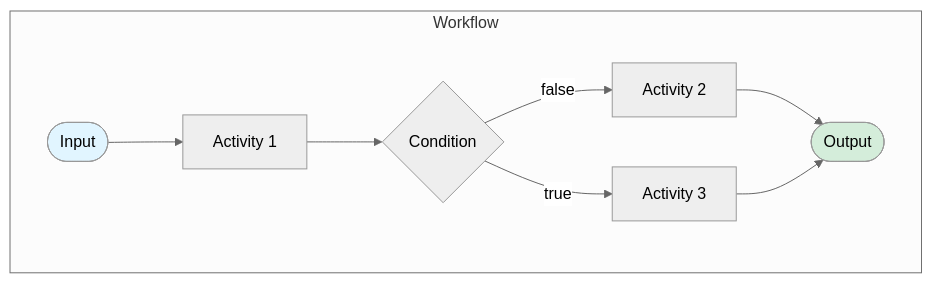
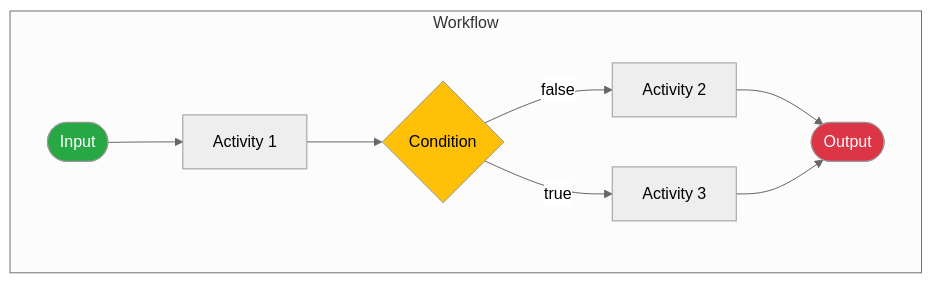
Before and after one commit to diagrid-labs/dapr-workflow-concerto: the diagram in .demo/slides/02-dapr-workflow/04-dapr-workflow-explanation.md, drawn with Mermaid (neutral theme). The commit also changed 1 other file, not shown here.

Commit message:
Update colors

````diff
--- a/.demo/slides/02-dapr-workflow/04-dapr-workflow-explanation.md
+++ b/.demo/slides/02-dapr-workflow/04-dapr-workflow-explanation.md
@@ -12,17 +12,18 @@
 ```mermaid
 graph LR
     subgraph Workflow
     direction LR
     Start([Input])
     End([Output])
     Start --> A1[Activity 1]
     A1 --> IF{Condition}
     IF--false-->A2[Activity 2]
     IF--true-->A3[Activity 3]
     A2 --> End 
     A3 --> End
     end
     
-    style Start fill:#e1f5ff
-    style End fill:#d4edda
+    style Start fill:#28a745,color:#ffffff
+    style End fill:#dc3545,color:#ffffff
+    style IF fill:#ffc107,color:#000000
 ```
````
